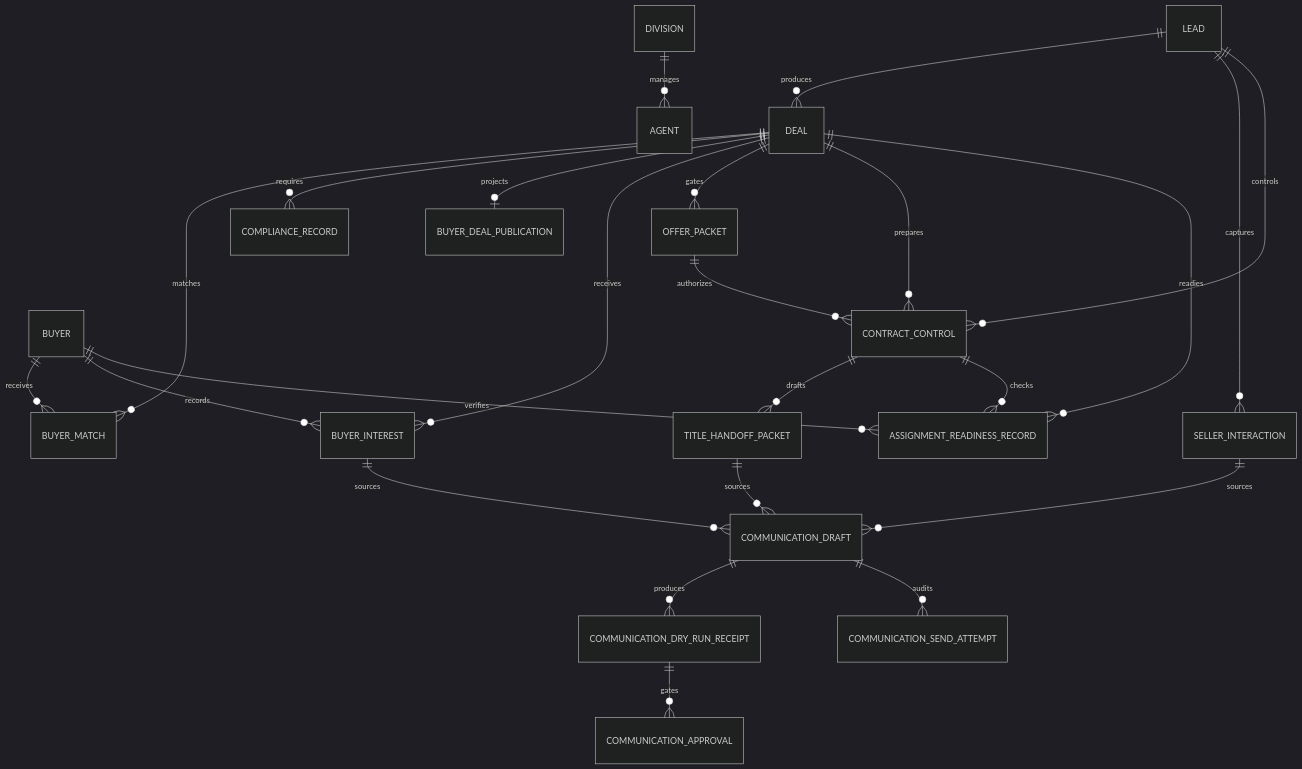
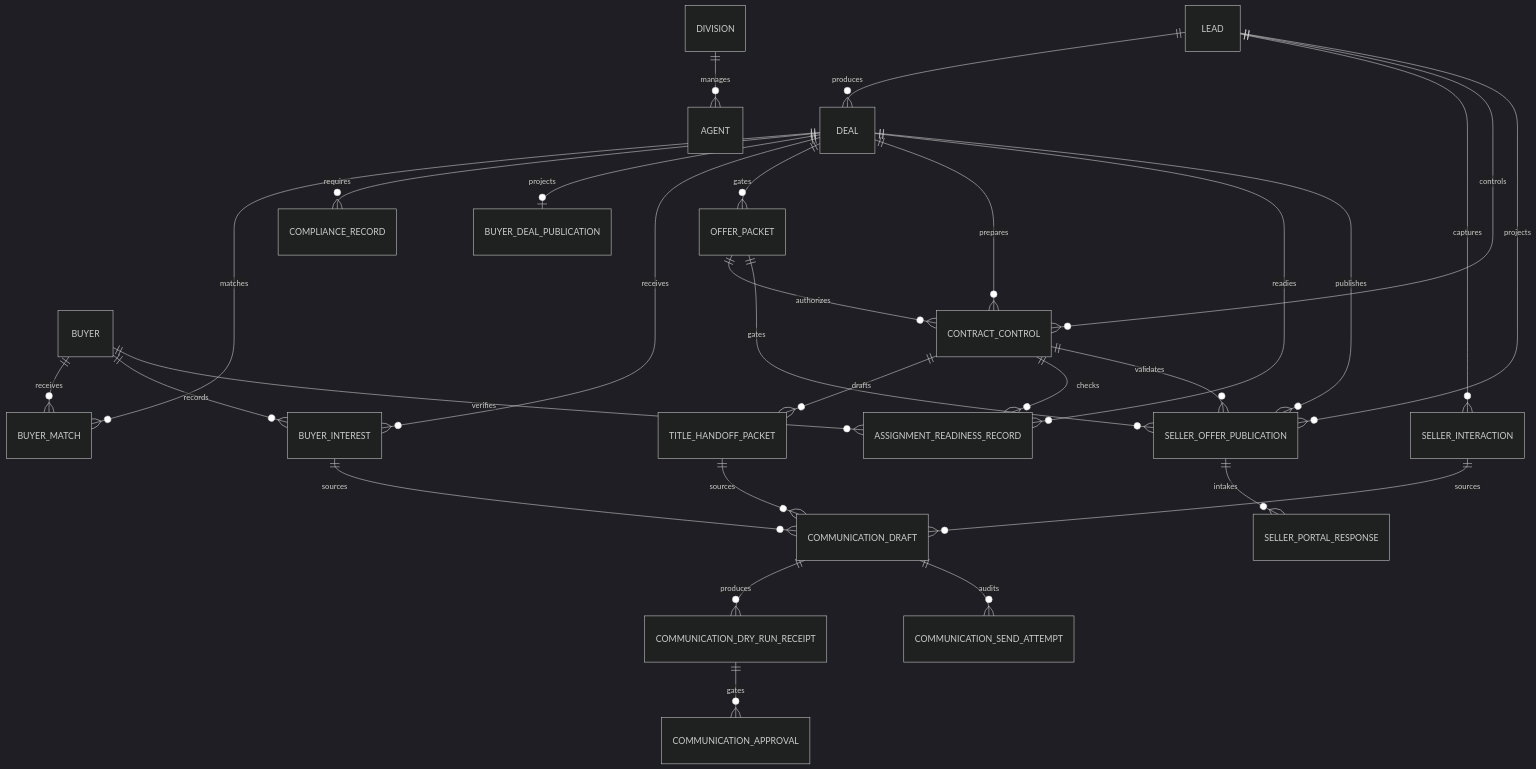
One commit to ceojoe88/prime2-wholesale-deal-os changed the diagram in docs/ARCHITECTURE.md. Above: the diagram before and after it, drawn with Mermaid (dark theme). The commit also changed other lines of this file and 25 other files, not shown here.

Commit message:
Build V6 controlled seller portal offer room

````diff
--- a/docs/ARCHITECTURE.md
+++ b/docs/ARCHITECTURE.md
@@ -46,26 +49,31 @@
 ```mermaid
 erDiagram
   DIVISION ||--o{ AGENT : manages
   LEAD ||--o{ DEAL : produces
   DEAL ||--o{ BUYER_MATCH : matches
   BUYER ||--o{ BUYER_MATCH : receives
   DEAL ||--o{ COMPLIANCE_RECORD : requires
   DEAL ||--o| BUYER_DEAL_PUBLICATION : projects
   DEAL ||--o{ BUYER_INTEREST : receives
   BUYER ||--o{ BUYER_INTEREST : records
   LEAD ||--o{ SELLER_INTERACTION : captures
   DEAL ||--o{ OFFER_PACKET : gates
   LEAD ||--o{ CONTRACT_CONTROL : controls
   DEAL ||--o{ CONTRACT_CONTROL : prepares
   OFFER_PACKET ||--o{ CONTRACT_CONTROL : authorizes
   CONTRACT_CONTROL ||--o{ TITLE_HANDOFF_PACKET : drafts
   CONTRACT_CONTROL ||--o{ ASSIGNMENT_READINESS_RECORD : checks
   DEAL ||--o{ ASSIGNMENT_READINESS_RECORD : readies
   BUYER ||--o{ ASSIGNMENT_READINESS_RECORD : verifies
   SELLER_INTERACTION ||--o{ COMMUNICATION_DRAFT : sources
   BUYER_INTEREST ||--o{ COMMUNICATION_DRAFT : sources
   TITLE_HANDOFF_PACKET ||--o{ COMMUNICATION_DRAFT : sources
   COMMUNICATION_DRAFT ||--o{ COMMUNICATION_DRY_RUN_RECEIPT : produces
   COMMUNICATION_DRY_RUN_RECEIPT ||--o{ COMMUNICATION_APPROVAL : gates
   COMMUNICATION_DRAFT ||--o{ COMMUNICATION_SEND_ATTEMPT : audits
+  LEAD ||--o{ SELLER_OFFER_PUBLICATION : projects
+  DEAL ||--o{ SELLER_OFFER_PUBLICATION : publishes
+  OFFER_PACKET ||--o{ SELLER_OFFER_PUBLICATION : gates
+  CONTRACT_CONTROL ||--o{ SELLER_OFFER_PUBLICATION : validates
+  SELLER_OFFER_PUBLICATION ||--o{ SELLER_PORTAL_RESPONSE : intakes
 ```
````
